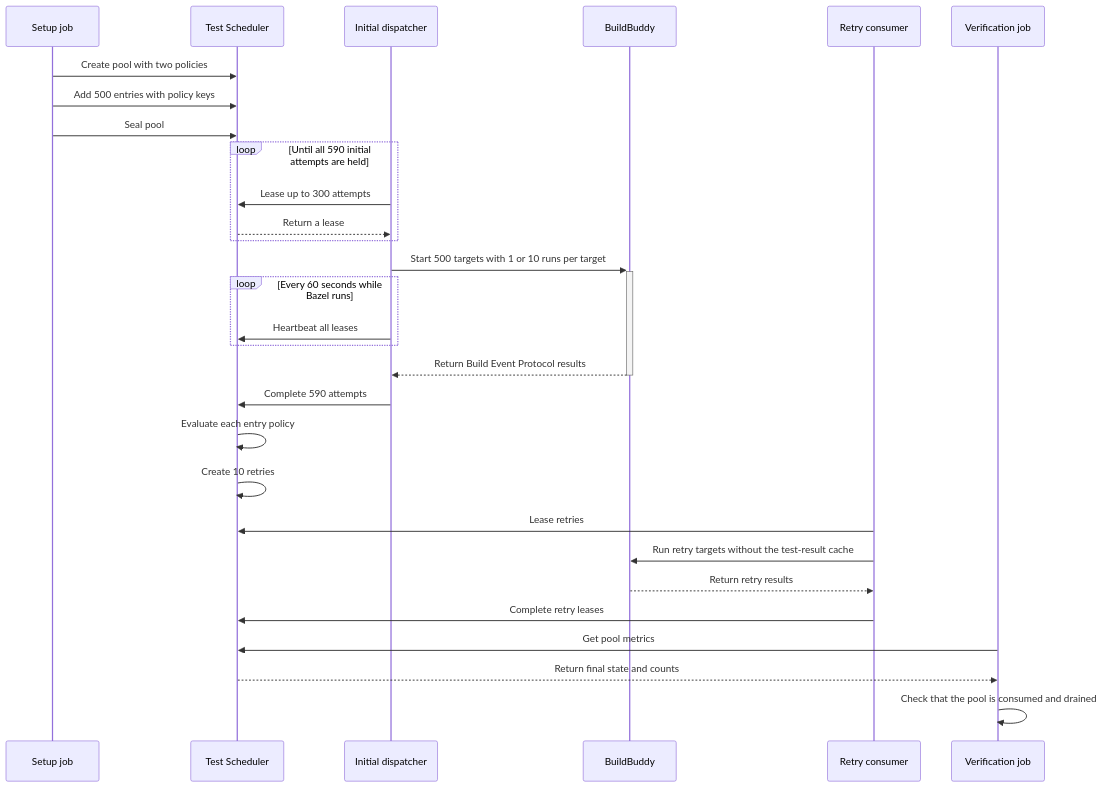
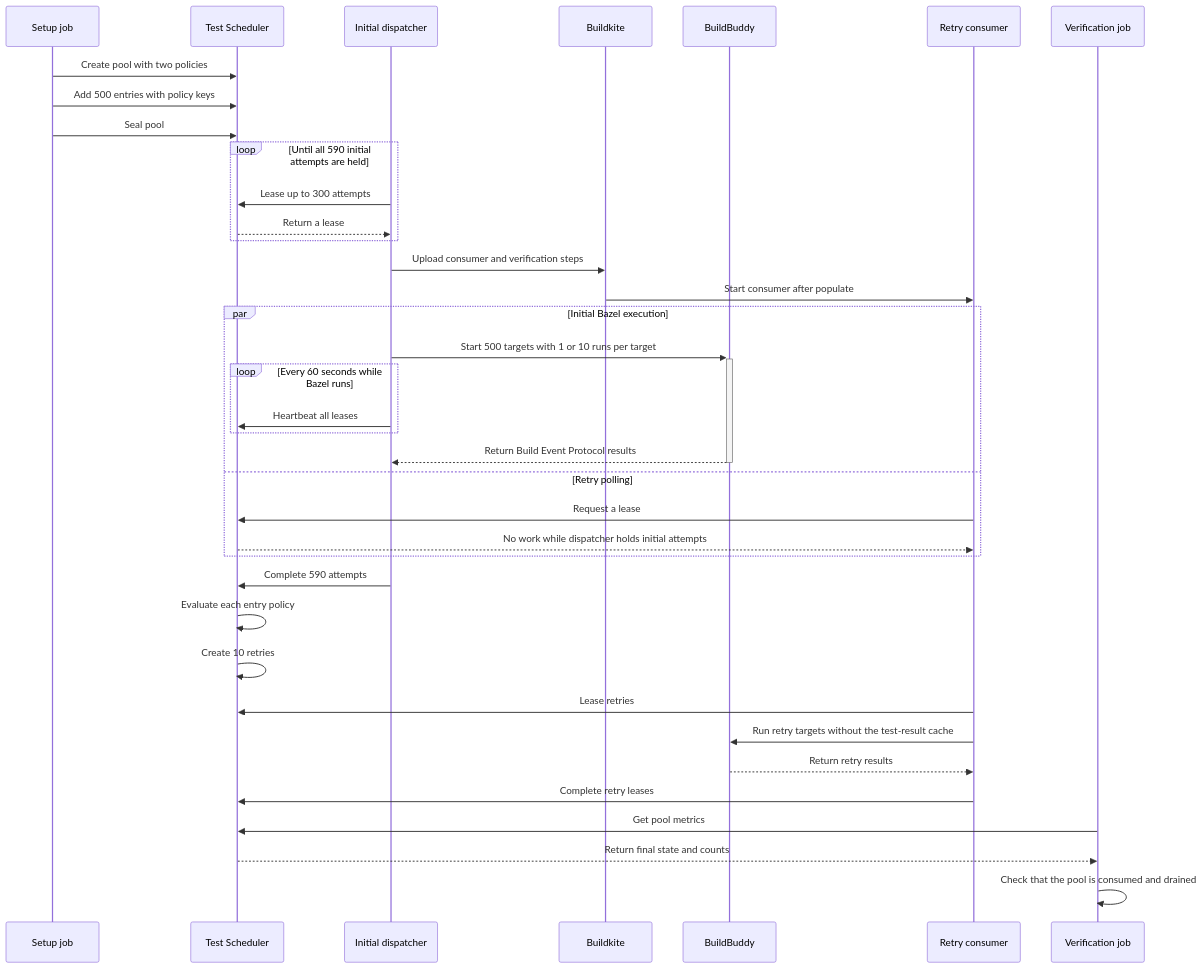
Before and after one commit to catkins/test-scheduler-bazel-demo: the second of 2 diagrams in README.md, drawn with Mermaid. The commit also changed other lines of this file and 5 other files, not shown here.

First line of the commit message:
Start retry consumption during initial dispatch

````diff
--- a/README.md
+++ b/README.md
@@ -155,36 +165,44 @@
 ```mermaid
 sequenceDiagram
     participant S as Setup job
     participant TS as Test Scheduler
     participant D as Initial dispatcher
+    participant BK as Buildkite
     participant BB as BuildBuddy
     participant R as Retry consumer
     participant V as Verification job
 
     S->>TS: Create pool with two policies
     S->>TS: Add 500 entries with policy keys
     S->>TS: Seal pool
 
     loop Until all 590 initial attempts are held
         D->>TS: Lease up to 300 attempts
         TS-->>D: Return a lease
     end
-    D->>+BB: Start 500 targets with 1 or 10 runs per target
-    loop Every 60 seconds while Bazel runs
-        D->>TS: Heartbeat all leases
+    D->>BK: Upload consumer and verification steps
+    BK->>R: Start consumer after populate
+    par Initial Bazel execution
+        D->>+BB: Start 500 targets with 1 or 10 runs per target
+        loop Every 60 seconds while Bazel runs
+            D->>TS: Heartbeat all leases
+        end
+        BB-->>-D: Return Build Event Protocol results
+    and Retry polling
+        R->>TS: Request a lease
+        TS-->>R: No work while dispatcher holds initial attempts
     end
-    BB-->>-D: Return Build Event Protocol results
     D->>TS: Complete 590 attempts
 
     TS->>TS: Evaluate each entry policy
     TS->>TS: Create 10 retries
 
     R->>TS: Lease retries
     R->>BB: Run retry targets without the test-result cache
     BB-->>R: Return retry results
     R->>TS: Complete retry leases
 
     V->>TS: Get pool metrics
     TS-->>V: Return final state and counts
     V->>V: Check that the pool is consumed and drained
 ```
````
